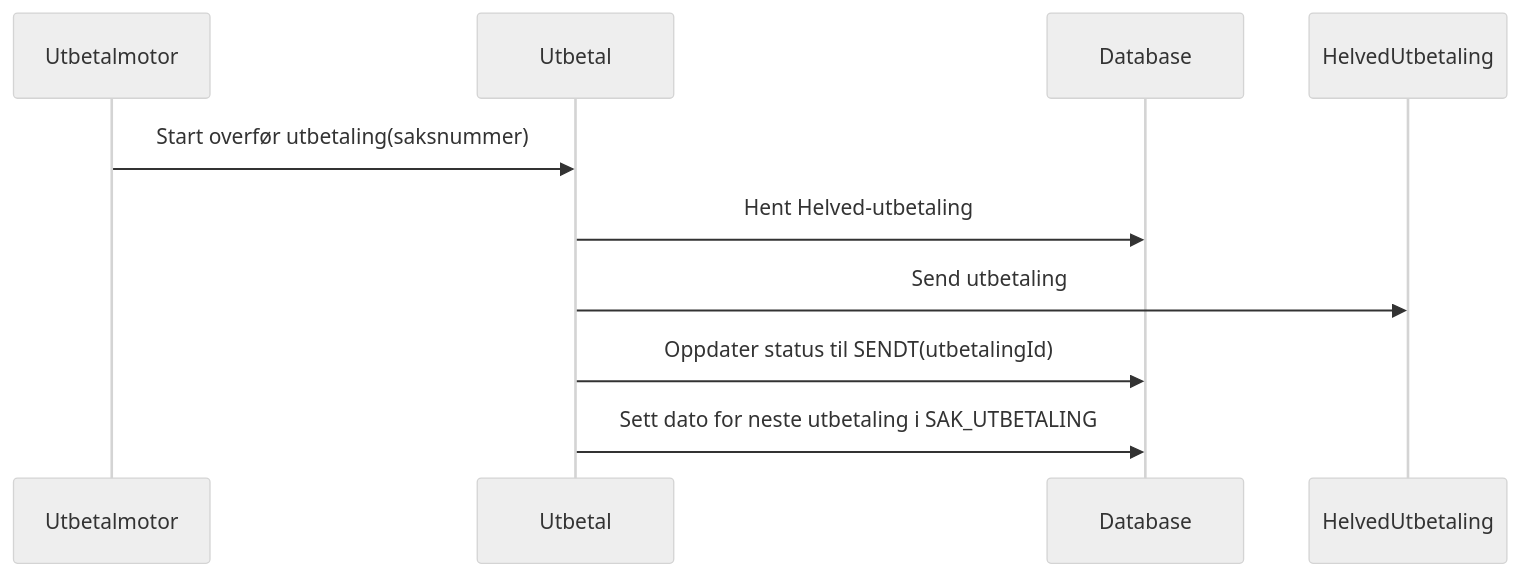
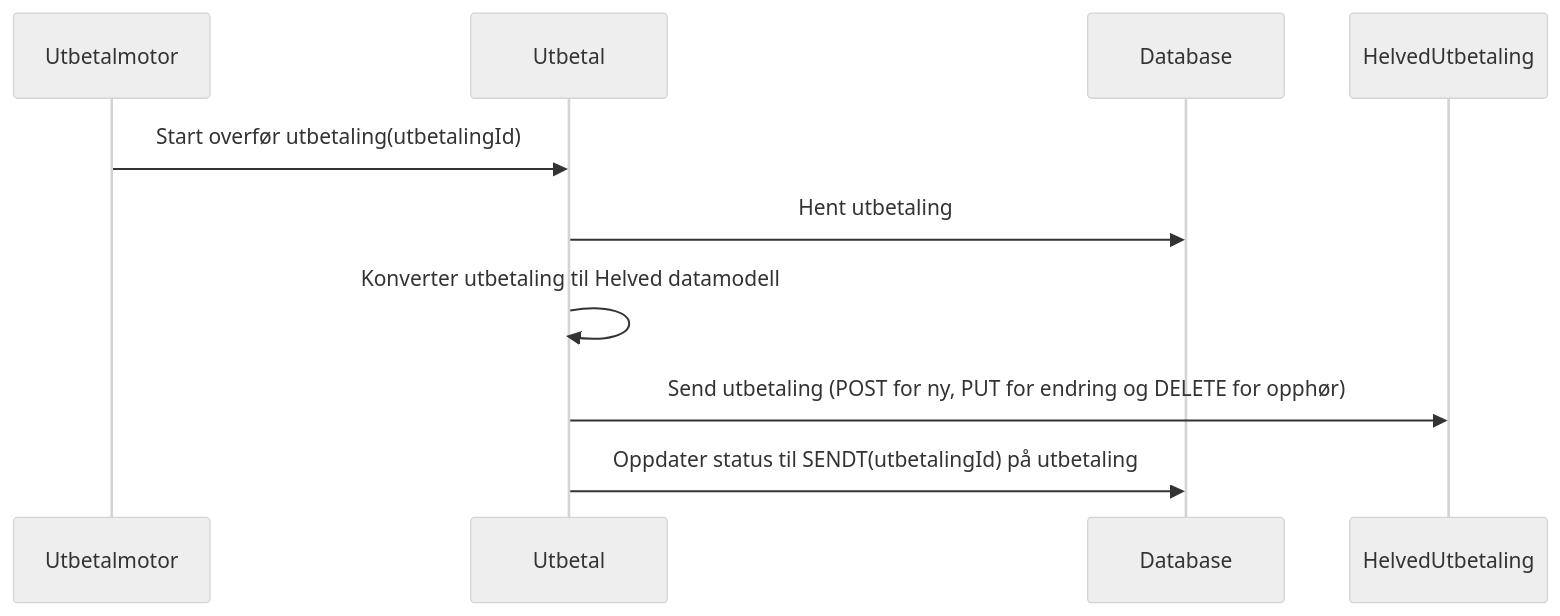
The fourth of 6 diagrams in README.md (navikt/aap-utbetal), drawn with Mermaid (neutral theme) before and after one commit. The commit also changed other lines of this file, not shown here.

````diff
--- a/README.md
+++ b/README.md
@@ -59,8 +58,8 @@
 ```mermaid
 sequenceDiagram
-Utbetalmotor->>Utbetal: Start overfør utbetaling(saksnummer)
-Utbetal->>Database: Hent Helved-utbetaling
-Utbetal->>HelvedUtbetaling: Send utbetaling
-Utbetal->>Database: Oppdater status til SENDT(utbetalingId)
-Utbetal->>Database: Sett dato for neste utbetaling i SAK_UTBETALING
+Utbetalmotor->>Utbetal: Start overfør utbetaling(utbetalingId)
+Utbetal->>Database: Hent utbetaling
+Utbetal->>Utbetal: Konverter utbetaling til Helved datamodell
+Utbetal->>HelvedUtbetaling: Send utbetaling (POST for ny, PUT for endring og DELETE for opphør)
+Utbetal->>Database: Oppdater status til SENDT(utbetalingId) på utbetaling
 ```
````
